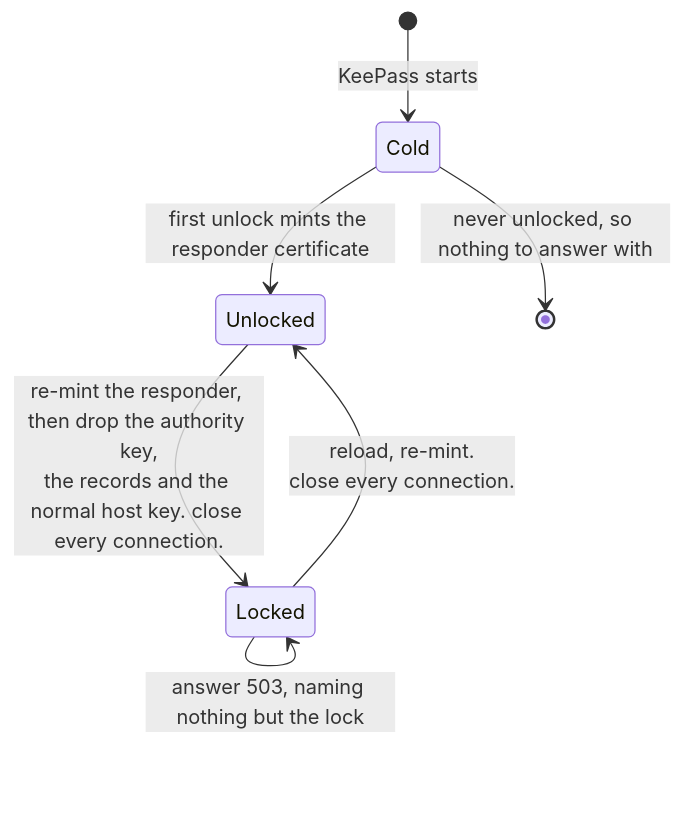
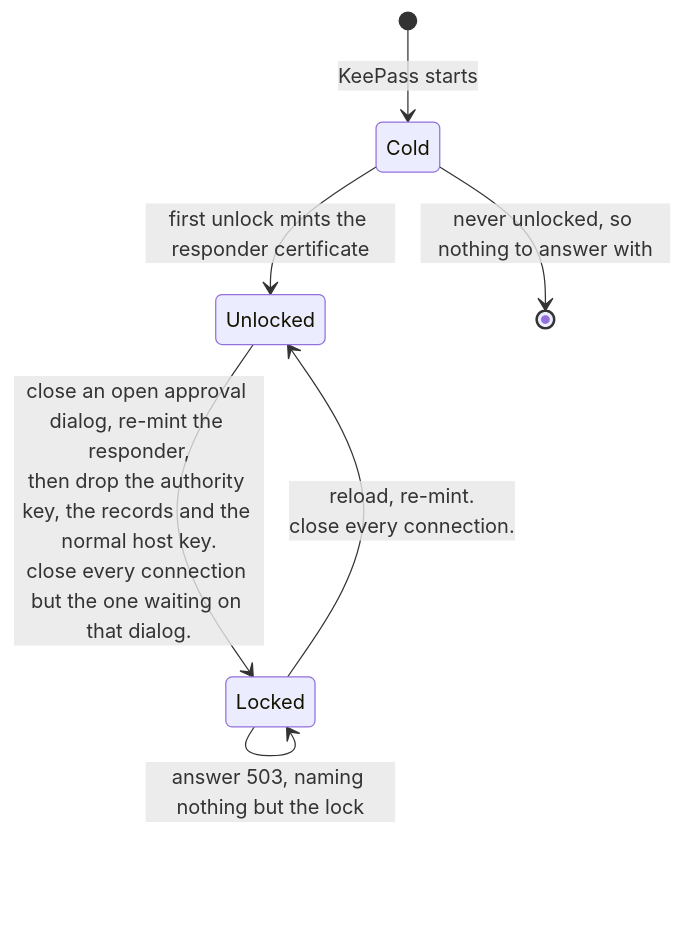
Before and after one commit to mfrnd/KeePassGate: the fifth of 5 diagrams in PAIRING.md, drawn with Mermaid. The commit also changed other lines of this file and 142 other files, not shown here.

````diff
--- a/PAIRING.md
+++ b/PAIRING.md
@@ -350,9 +382,9 @@
 ```mermaid
 stateDiagram-v2
     [*] --> Cold: KeePass starts
     Cold --> Unlocked: first unlock mints the responder certificate
     Cold --> [*]: never unlocked, so nothing to answer with
-    Unlocked --> Locked: re-mint the responder, then drop the authority key,<br/>the records and the normal host key. close every connection.
+    Unlocked --> Locked: close an open approval dialog, re-mint the responder,<br/>then drop the authority key, the records and the normal host key.<br/>close every connection but the one waiting on that dialog.
     Locked --> Unlocked: reload, re-mint.<br/>close every connection.
     Locked --> Locked: answer 503, naming nothing but the lock
 ```
````
